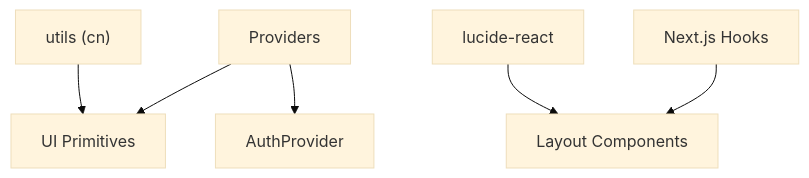
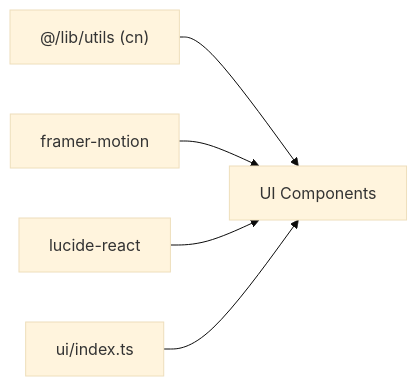
The ninth of 9 diagrams in .qoder/repowiki/en/content/Component Library/Component Library.md (Daniiyal-creates/MedAce-AI), drawn with Mermaid (base theme) before and after one commit. The commit also changed other lines of this file and 159 other files, not shown here.

````diff
--- a/.qoder/repowiki/en/content/Component Library/Component Library.md
+++ b/.qoder/repowiki/en/content/Component Library/Component Library.md
@@ -443,8 +443,7 @@
 ```mermaid
-graph TB
-Utils["utils (cn)"] --> UI["UI Primitives"]
-Icons["lucide-react"] --> Layout["Layout Components"]
-Next["Next.js Hooks"] --> Layout
-Providers["Providers"] --> UI
-Providers --> Auth["AuthProvider"]
+graph LR
+UTIL["@/lib/utils (cn)"] --> UI["UI Components"]
+MOTION["framer-motion"] --> UI
+LUCIDE["lucide-react"] --> UI
+INDEX["ui/index.ts"] --> UI
 ```
````
